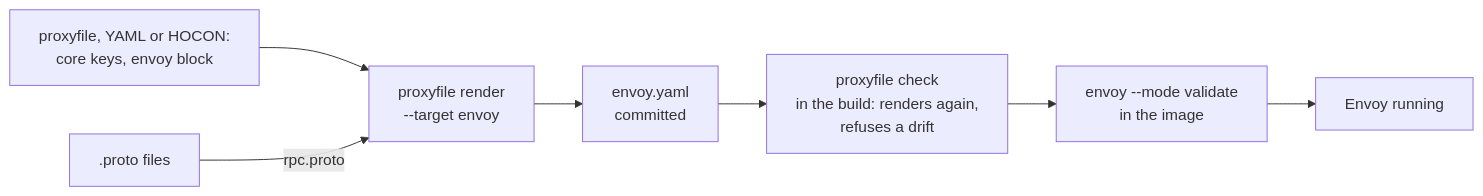
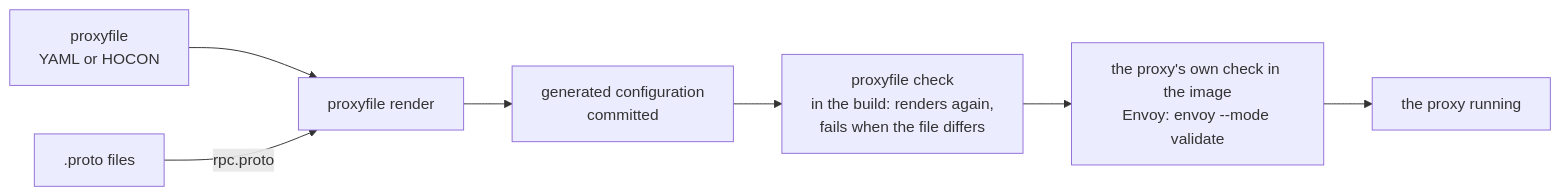
The second of 2 diagrams in README.md (kitecorp/proxyfile), drawn with Mermaid before and after one commit. The commit also changed other lines of this file and 16 other files, not shown here.

First line of the commit message:
docs: the README says what proxyfile does for any proxy, with a simple diagram and a comparison figure generated from the minimal example, and the docs stop speaking Envoy first (Part of #34)

````diff
--- a/README.md
+++ b/README.md
@@ -17,9 +129,9 @@
 ```mermaid
 flowchart LR
-    source["proxyfile, YAML or HOCON:<br/>core keys, envoy block"] --> render["proxyfile render<br/>--target envoy"]
+    source["proxyfile<br/>YAML or HOCON"] --> render["proxyfile render"]
     protos[".proto files"] -->|rpc.proto| render
-    render --> generated["envoy.yaml<br/>committed"]
-    generated --> check["proxyfile check<br/>in the build: renders again,<br/>refuses a drift"]
-    check --> validate["envoy --mode validate<br/>in the image"]
-    validate --> envoy["Envoy running"]
+    render --> generated["generated configuration<br/>committed"]
+    generated --> check["proxyfile check<br/>in the build: renders again,<br/>fails when the file differs"]
+    check --> validate["the proxy's own check in the image<br/>Envoy: envoy --mode validate"]
+    validate --> running["the proxy running"]
 ```
````
